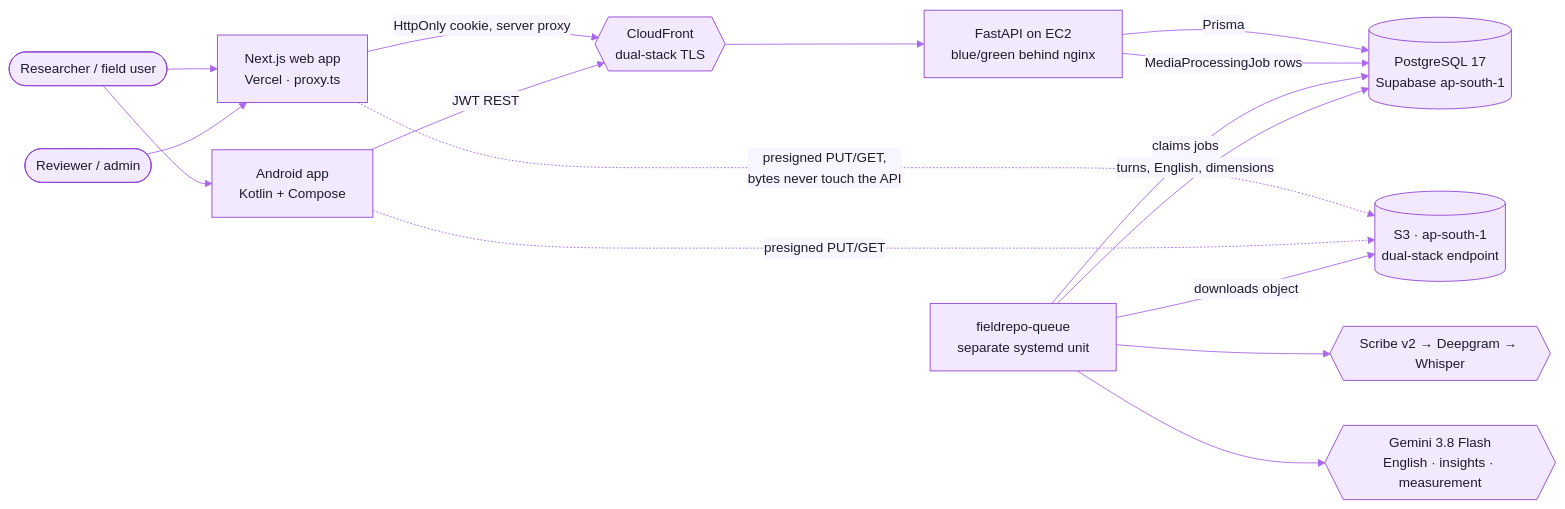
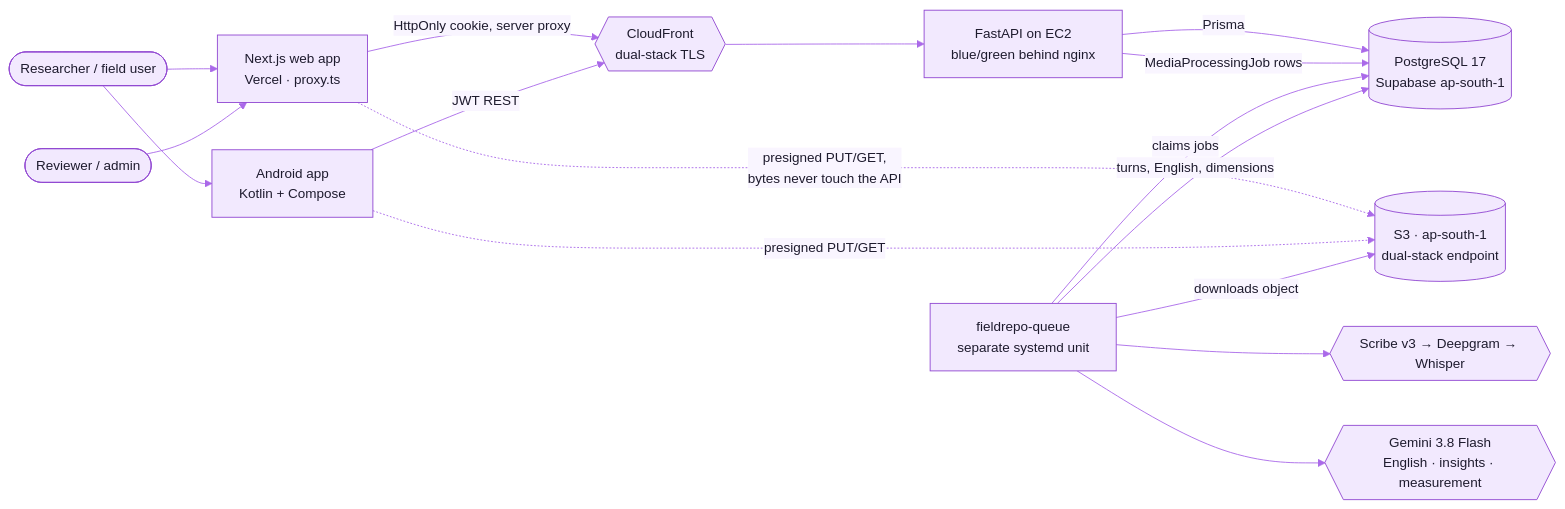
The first of 14 diagrams in docs/ARCHITECTURE.md (cxacraftecosystem-ui/documentation-portal), drawn with Mermaid before and after one commit. The commit also changed other lines of this file and 52 other files, not shown here.

````diff
--- a/docs/ARCHITECTURE.md
+++ b/docs/ARCHITECTURE.md
@@ -23,31 +23,31 @@
 ```mermaid
 %%{init: {"theme":"base","fontFamily":"Inter, ui-sans-serif, system-ui, -apple-system, Segoe UI, Roboto, Helvetica, Arial, sans-serif","themeVariables":{"fontSize":"15px","primaryColor":"#F2E9FE","primaryTextColor":"#1E1B2E","primaryBorderColor":"#9148D2","secondaryColor":"#FAEECD","secondaryTextColor":"#1E1B2E","secondaryBorderColor":"#CD9200","tertiaryColor":"#F3F1FA","tertiaryTextColor":"#1E1B2E","tertiaryBorderColor":"#A7A3BC","mainBkg":"#F2E9FE","nodeBorder":"#9148D2","nodeTextColor":"#1E1B2E","lineColor":"#AA69E9","textColor":"#857F9E","edgeLabelBackground":"#F9F5FF","clusterBkg":"#F9F5FF","clusterBorder":"#D6B6FB","titleColor":"#762CB1","noteBkgColor":"#FAEECD","noteTextColor":"#1E1B2E","noteBorderColor":"#CD9200","actorBkg":"#F2E9FE","actorBorder":"#9148D2","actorTextColor":"#1E1B2E","actorLineColor":"#AA69E9","signalColor":"#AA69E9","signalTextColor":"#857F9E","labelBoxBkgColor":"#F2E9FE","labelBoxBorderColor":"#9148D2","labelTextColor":"#1E1B2E","loopTextColor":"#857F9E","activationBkgColor":"#E7D5FE","activationBorderColor":"#9148D2","sequenceNumberColor":"#FFFFFF","transitionColor":"#AA69E9","transitionLabelColor":"#857F9E","stateLabelColor":"#1E1B2E","stateBkg":"#F2E9FE","compositeBackground":"#F9F5FF","compositeTitleBackground":"#F2E9FE","attributeBackgroundColorOdd":"#FFFFFF","attributeBackgroundColorEven":"#F9F5FF","relationColor":"#AA69E9","relationLabelBackground":"#F9F5FF","relationLabelColor":"#1E1B2E"}}}%%
 flowchart LR
   researcher([Researcher / field user])
   admin([Reviewer / admin])
   web[Next.js web app<br/>Vercel · proxy.ts]
   android[Android app<br/>Kotlin + Compose]
   cf{{CloudFront<br/>dual-stack TLS}}
   api[FastAPI on EC2<br/>blue/green behind nginx]
   db[(PostgreSQL 17<br/>Supabase ap-south-1)]
   s3[(S3 · ap-south-1<br/>dual-stack endpoint)]
   worker[fieldrepo-queue<br/>separate systemd unit]
-  stt{{Scribe v2 → Deepgram → Whisper}}
+  stt{{Scribe v3 → Deepgram → Whisper}}
   gem{{Gemini 3.8 Flash<br/>English · insights · measurement}}
 
   researcher --> web
   researcher --> android
   admin --> web
   web -->|HttpOnly cookie, server proxy| cf
   android -->|JWT REST| cf
   cf --> api
   api -->|Prisma| db
   web -.->|presigned PUT/GET,<br/>bytes never touch the API| s3
   android -.->|presigned PUT/GET| s3
   api -->|MediaProcessingJob rows| db
   worker -->|claims jobs| db
   worker -->|downloads object| s3
   worker --> stt
   worker --> gem
   worker -->|turns, English, dimensions| db
 ```
````
